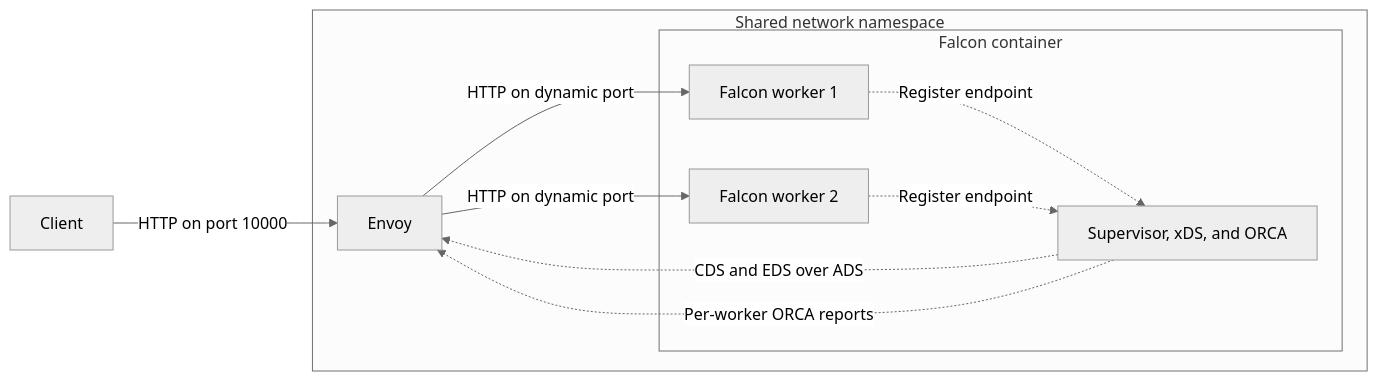
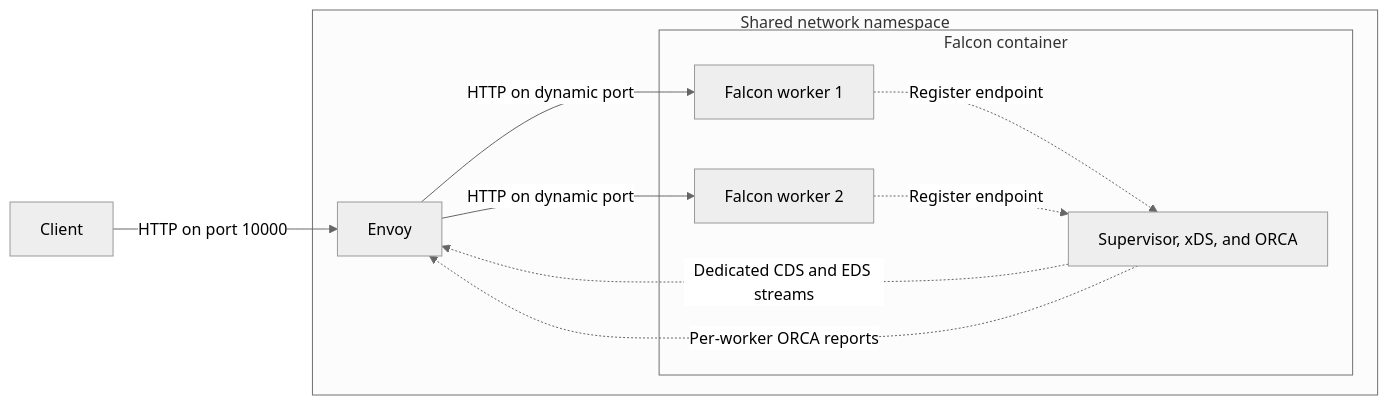
The diagram in guides/cluster-deployment/readme.md (socketry/falcon), drawn with Mermaid (neutral theme) before and after one commit. The commit also changed other lines of this file and 6 other files, not shown here.

````diff
--- a/guides/cluster-deployment/readme.md
+++ b/guides/cluster-deployment/readme.md
@@ -26,21 +26,21 @@
 ```mermaid
 flowchart LR
 	Client[Client] -->|HTTP on port 10000| Envoy
 
 	subgraph Network[Shared network namespace]
 		Envoy[Envoy]
 
 		subgraph Falcon[Falcon container]
 			Supervisor[Supervisor, xDS, and ORCA]
 			Worker1[Falcon worker 1]
 			Worker2[Falcon worker 2]
 		end
 
 		Worker1 -.->|Register endpoint| Supervisor
 		Worker2 -.->|Register endpoint| Supervisor
-		Supervisor -.->|CDS and EDS over ADS| Envoy
+		Supervisor -.->|Dedicated CDS and EDS streams| Envoy
 		Supervisor -.->|Per-worker ORCA reports| Envoy
 		Envoy -->|HTTP on dynamic port| Worker1
 		Envoy -->|HTTP on dynamic port| Worker2
 	end
 ```
````
